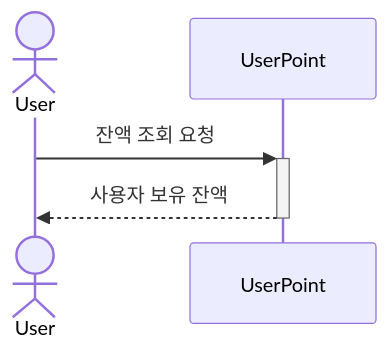
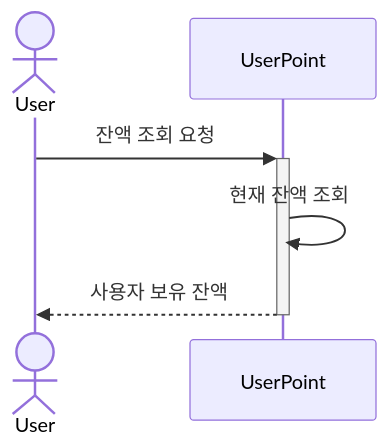
The first of 9 diagrams in docs/SequenceDiagram.md (Ssoyoung-J/e-commerce-service), drawn with Mermaid before and after one commit. The commit also changed other lines of this file, not shown here.

Commit message:
docs: SequenceDiagram 2.0

````diff
--- a/docs/SequenceDiagram.md
+++ b/docs/SequenceDiagram.md
@@ -2,8 +2,9 @@
 ```mermaid
 sequenceDiagram
-actor User
-participant UserPoint
+    actor User
+    participant UserPoint
 
     User ->>+ UserPoint: 잔액 조회 요청
+    UserPoint ->> UserPoint : 현재 잔액 조회
     UserPoint -->>- User: 사용자 보유 잔액
 ```
````
